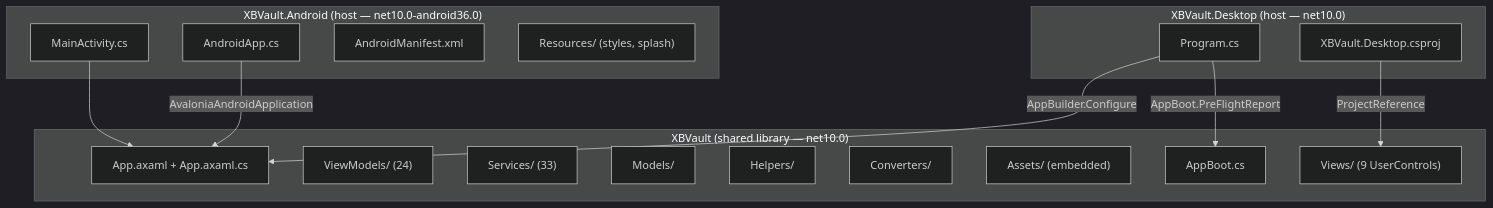
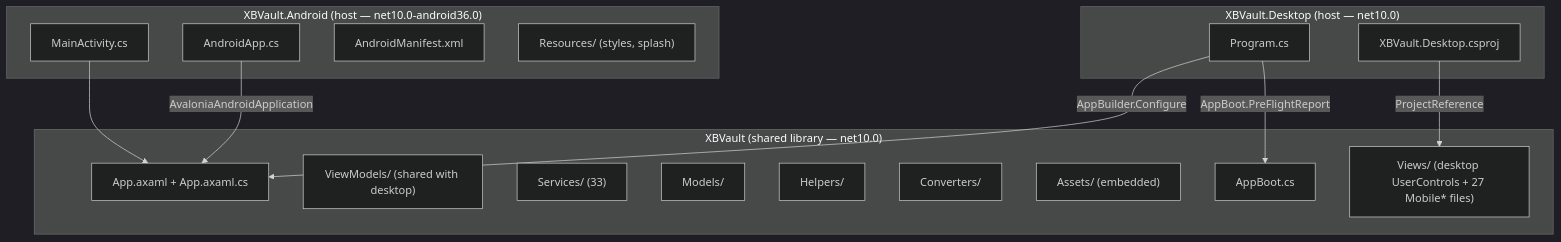
One commit to marcelofrau/xb-homebrew-vault changed the first of 4 diagrams in docs/android/01-architecture.md. Above: the diagram before and after it, drawn with Mermaid (dark theme). The commit also changed other lines of this file and 20 other files, not shown here.

````diff
--- a/docs/android/01-architecture.md
+++ b/docs/android/01-architecture.md
@@ -36,33 +36,33 @@
 ```mermaid
 graph TD
     subgraph "XBVault (shared library — net10.0)"
-        Views["Views/ (9 UserControls)"]
-        ViewModels["ViewModels/ (24)"]
+        Views["Views/ (desktop UserControls + 27 Mobile* files)"]
+        ViewModels["ViewModels/ (shared with desktop)"]
         Services["Services/ (33)"]
         Models["Models/"]
         Helpers["Helpers/"]
         Converters["Converters/"]
         Assets["Assets/ (embedded)"]
         App["App.axaml + App.axaml.cs"]
         AppBoot["AppBoot.cs"]
     end
 
     subgraph "XBVault.Desktop (host — net10.0)"
         Program["Program.cs"]
         DesktopCsproj["XBVault.Desktop.csproj"]
     end
 
     subgraph "XBVault.Android (host — net10.0-android36.0)"
         MainActivity["MainActivity.cs"]
         AndroidApp["AndroidApp.cs"]
         AndroidManifest["AndroidManifest.xml"]
         Resources["Resources/ (styles, splash)"]
     end
 
     DesktopCsproj -->|"ProjectReference"| Views
     Program -->|"AppBoot.PreFlightReport"| AppBoot
     Program -->|"AppBuilder.Configure<App>"| App
 
     MainActivity --> App
     AndroidApp -->|"AvaloniaAndroidApplication<App>"| App
 ```
````
